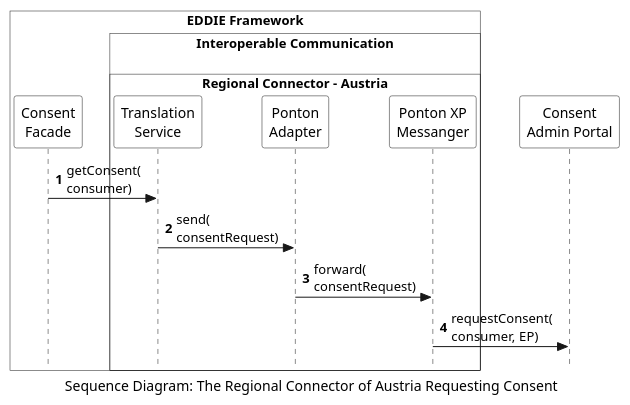
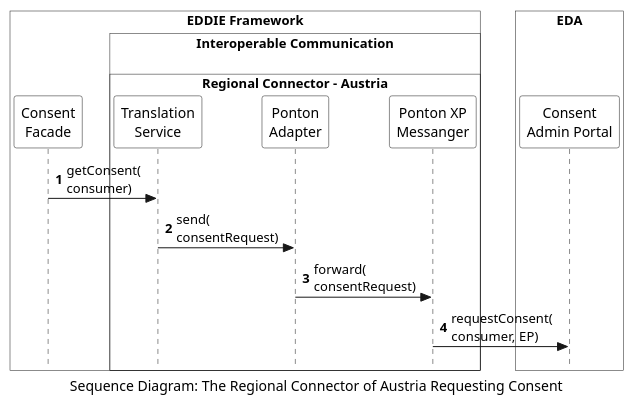
Before and after one commit to eddie-energy/architecture: the diagram in arc42/06-runtime-view/access-to-historical-data/eligible-party-gets-historical-data-austria/figures/regional-connector-austria-request-consent.puml, drawn with PlantUML. The commit also changed 7 other files, not shown here.

Commit message:
Update seq diagram of historical data for austria

```diff
--- a/arc42/06-runtime-view/access-to-historical-data/eligible-party-gets-historical-data-austria/figures/regional-connector-austria-request-consent.puml
+++ b/arc42/06-runtime-view/access-to-historical-data/eligible-party-gets-historical-data-austria/figures/regional-connector-austria-request-consent.puml
@@ -1,33 +1,35 @@
 @startuml regional-connector-austria-request-consent
 'sequence diagram
 caption Sequence Diagram: The Regional Connector of Austria Requesting Consent
 
 skinparam style strictuml
 skinparam sequence {
   ParticipantBackgroundColor transparent
   ActorBackgroundColor transparent
 }
 
 autonumber
 
 !pragma teoz true
 
 box "EDDIE Framework" #transparent
 participant "Consent\nFacade" as consentFacade
   box "Interoperable Communication\n" #transparent
     box "Regional Connector - Austria" #transparent
       participant "Translation\nService" as translationService
       participant "Ponton\nAdapter" as pontonAdapter
       participant "Ponton XP\nMessanger" as pontonXP
     end box 
   end box
 end box
-participant "Consent\nAdmin Portal" as adminPortal
+box "EDA" #transparent
+  participant "Consent\nAdmin Portal" as adminPortal
+end box
 
 consentFacade -> translationService : getConsent(\nconsumer)
 translationService -> pontonAdapter : send(\nconsentRequest)
 pontonAdapter -> pontonXP : forward(\nconsentRequest)
 pontonXP -> adminPortal : requestConsent(\nconsumer, EP)
 
 
 @enduml
```
